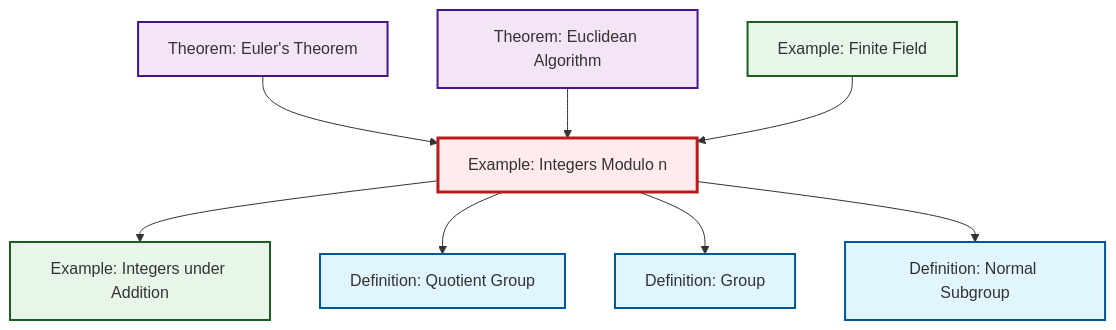
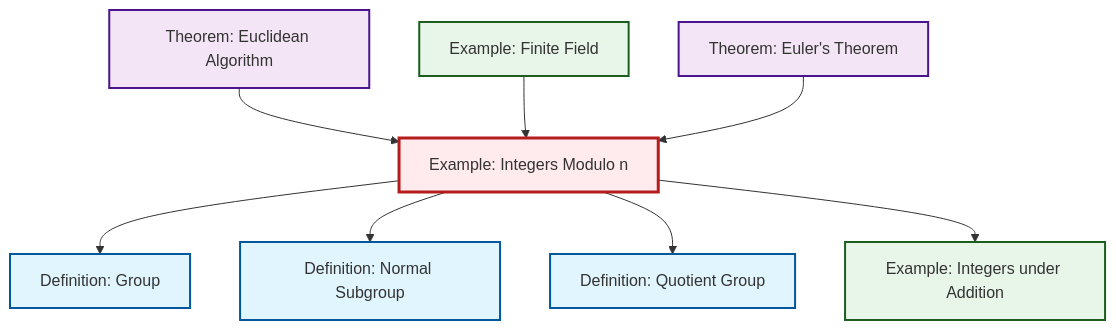
The diagram in content/en/algebra/ex-quotient-integers-mod-n.qmd (RK0429/ModernMath), drawn with Mermaid before and after one commit. The commit also changed other lines of this file and 530 other files, not shown here.

````diff
--- a/content/en/algebra/ex-quotient-integers-mod-n.qmd
+++ b/content/en/algebra/ex-quotient-integers-mod-n.qmd
@@ -115,32 +115,32 @@
 ```{mermaid}
 %%| fig-cap: "Local dependency graph"
 graph TD
     classDef definition fill:#e1f5fe,stroke:#01579b,stroke-width:2px
     classDef theorem fill:#f3e5f5,stroke:#4a148c,stroke-width:2px
     classDef axiom fill:#fff3e0,stroke:#e65100,stroke-width:2px
     classDef example fill:#e8f5e9,stroke:#1b5e20,stroke-width:2px
     classDef current fill:#ffebee,stroke:#b71c1c,stroke-width:3px
+    def-normal-subgroup["Definition: Normal Subgroup"]:::definition
+    ex-finite-field["Example: Finite Field"]:::example
+    thm-euler["Theorem: Euler's Theorem"]:::theorem
+    def-group["Definition: Group"]:::definition
+    ex-integers-addition["Example: Integers under Addition"]:::example
     def-quotient-group["Definition: Quotient Group"]:::definition
     thm-euclidean-algorithm["Theorem: Euclidean Algorithm"]:::theorem
-    def-normal-subgroup["Definition: Normal Subgroup"]:::definition
     ex-quotient-integers-mod-n["Example: Integers Modulo n"]:::example
-    ex-finite-field["Example: Finite Field"]:::example
-    def-group["Definition: Group"]:::definition
-    ex-integers-addition["Example: Integers under Addition"]:::example
-    thm-euler["Theorem: Euler's Theorem"]:::theorem
-    thm-euler --> ex-quotient-integers-mod-n
+    ex-quotient-integers-mod-n --> def-group
     thm-euclidean-algorithm --> ex-quotient-integers-mod-n
+    ex-quotient-integers-mod-n --> def-normal-subgroup
+    ex-quotient-integers-mod-n --> def-quotient-group
     ex-quotient-integers-mod-n --> ex-integers-addition
     ex-finite-field --> ex-quotient-integers-mod-n
-    ex-quotient-integers-mod-n --> def-quotient-group
-    ex-quotient-integers-mod-n --> def-group
-    ex-quotient-integers-mod-n --> def-normal-subgroup
+    thm-euler --> ex-quotient-integers-mod-n
     class ex-quotient-integers-mod-n current
+    click def-normal-subgroup "def-normal-subgroup.html" "Go to Normal Subgroup definition"
+    click ex-finite-field "ex-finite-field.html" "Go to Finite Field example"
+    click thm-euler "thm-euler.html" "Go to Euler's Theorem theorem"
+    click def-group "def-group.html" "Go to Group definition"
+    click ex-integers-addition "ex-integers-addition.html" "Go to Integers under Addition example"
     click def-quotient-group "def-quotient-group.html" "Go to Quotient Group definition"
     click thm-euclidean-algorithm "thm-euclidean-algorithm.html" "Go to Euclidean Algorithm theorem"
-    click def-normal-subgroup "def-normal-subgroup.html" "Go to Normal Subgroup definition"
-    click ex-finite-field "ex-finite-field.html" "Go to Finite Field example"
-    click def-group "def-group.html" "Go to Group definition"
-    click ex-integers-addition "ex-integers-addition.html" "Go to Integers under Addition example"
-    click thm-euler "thm-euler.html" "Go to Euler's Theorem theorem"
 ```
````
